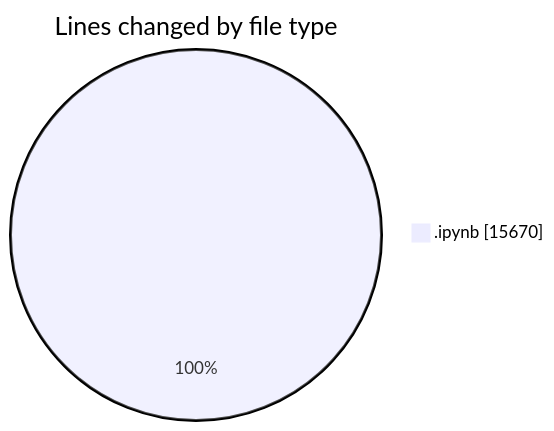
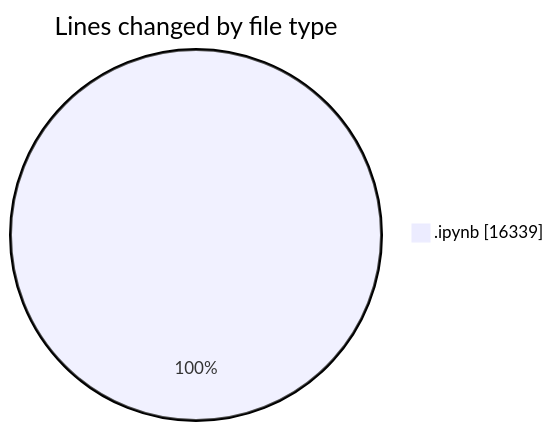
The first of 2 diagrams in 2025-05-07/myws__workspace_/README.md (MatusMokan/code-tracking), drawn with Mermaid before and after one commit. The commit also changed other lines of this file and 1 other file, not shown here.

````diff
--- a/2025-05-07/myws__workspace_/README.md
+++ b/2025-05-07/myws__workspace_/README.md
@@ -20,5 +20,5 @@
 ```mermaid
 pie showData
 title Lines changed by file type
-".ipynb" : 15670
+".ipynb" : 16339
 ```
````
